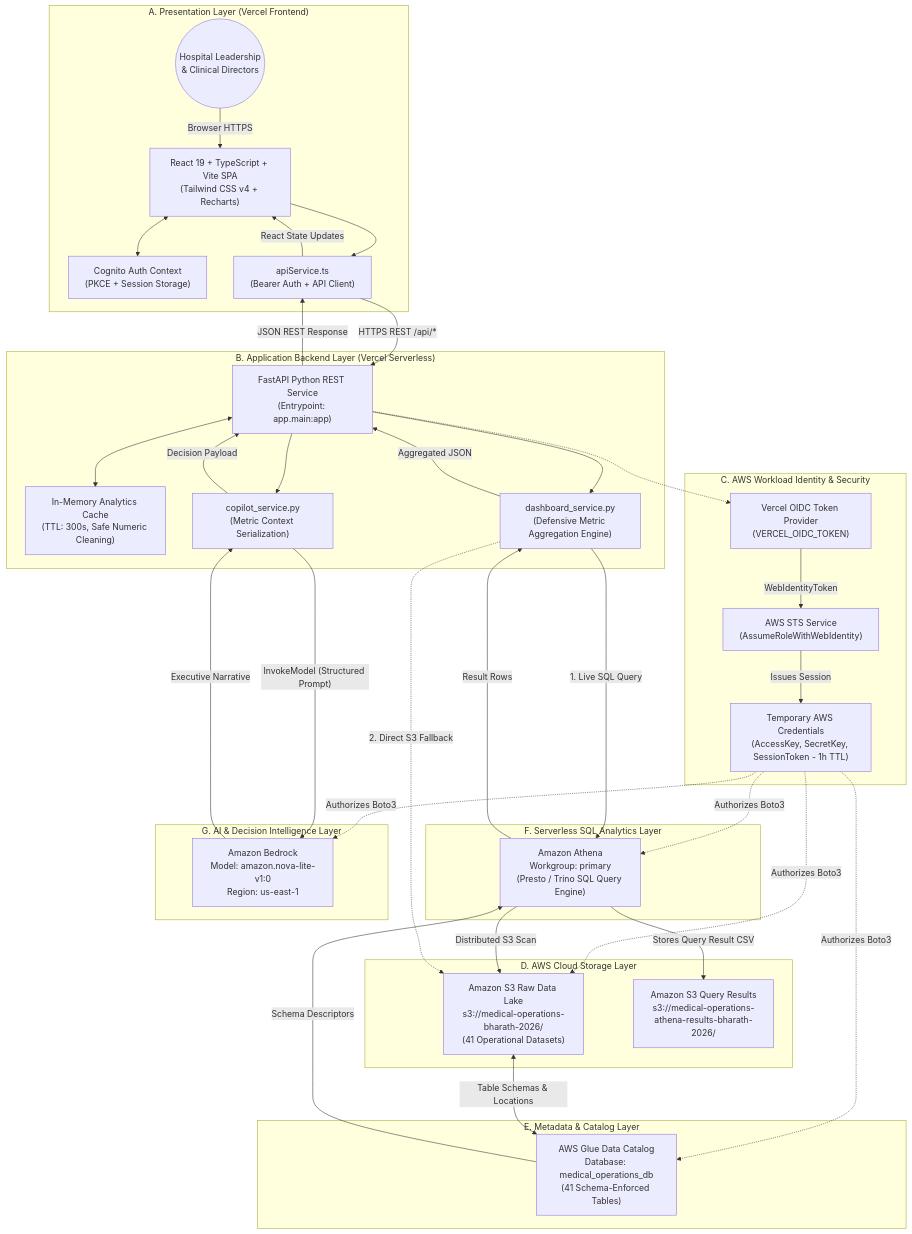
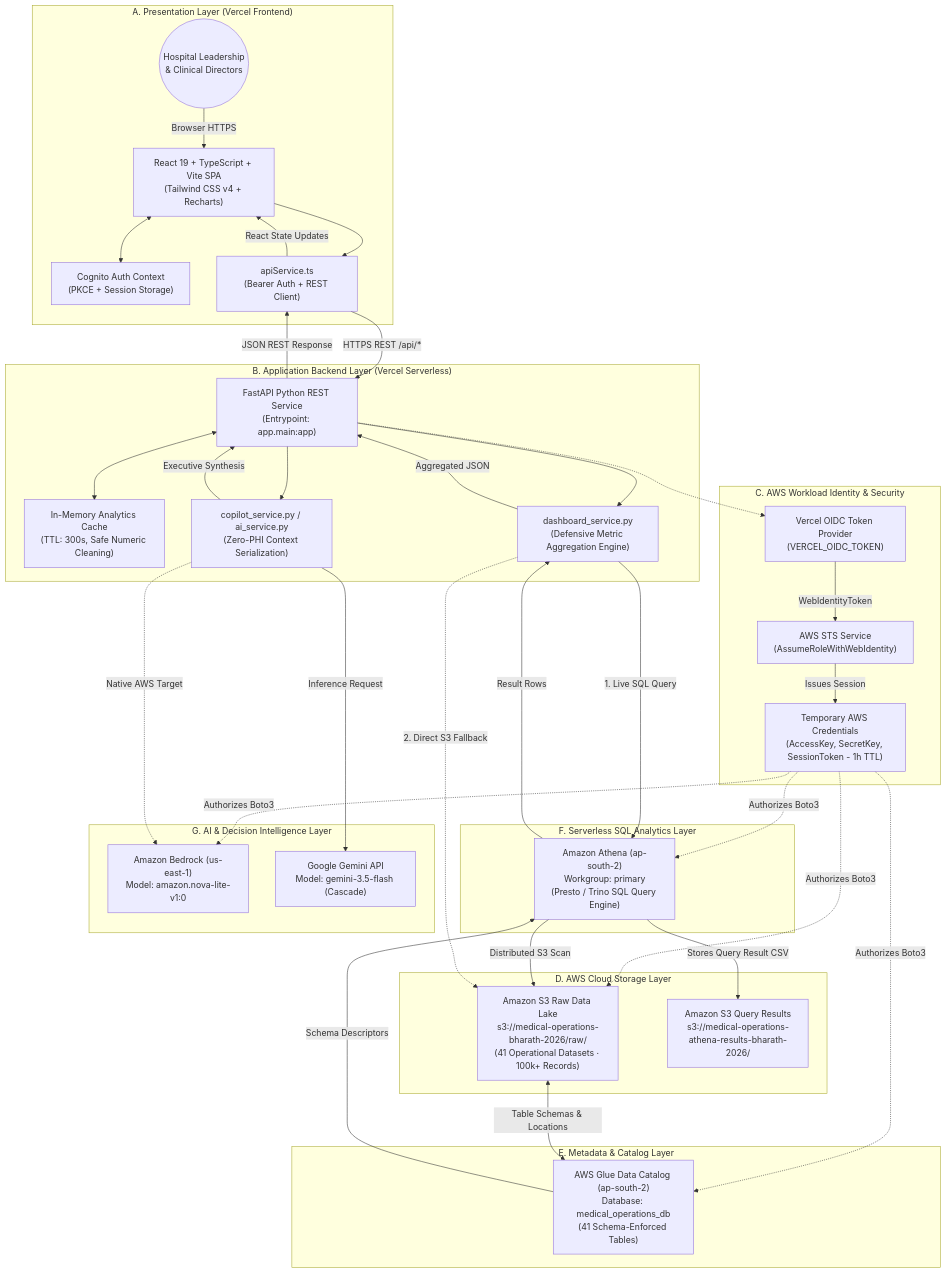
One commit to kummariBharath/Development-of-Healthcare-Operations-Intelligence-Dashboard-with-Decision-Analytics changed the first of 3 diagrams in README.md. Above: the diagram before and after it, drawn with Mermaid. The commit also changed other lines of this file, not shown here.

````diff
--- a/README.md
+++ b/README.md
@@ -151,74 +111,75 @@
 ```mermaid
 flowchart TB
     subgraph LayerA["A. Presentation Layer (Vercel Frontend)"]
         User(("Hospital Leadership\n& Clinical Directors"))
         ReactApp["React 19 + TypeScript + Vite SPA\n(Tailwind CSS v4 + Recharts)"]
         CognitoAuth["Cognito Auth Context\n(PKCE + Session Storage)"]
-        ApiService["apiService.ts\n(Bearer Auth + API Client)"]
+        ApiService["apiService.ts\n(Bearer Auth + REST Client)"]
         User -->|"Browser HTTPS"| ReactApp
         ReactApp <--> CognitoAuth
         ReactApp --> ApiService
     end
 
     subgraph LayerB["B. Application Backend Layer (Vercel Serverless)"]
         FastAPI["FastAPI Python REST Service\n(Entrypoint: app.main:app)"]
         MemCache["In-Memory Analytics Cache\n(TTL: 300s, Safe Numeric Cleaning)"]
         DashboardSvc["dashboard_service.py\n(Defensive Metric Aggregation Engine)"]
-        CopilotSvc["copilot_service.py\n(Metric Context Serialization)"]
+        CopilotSvc["copilot_service.py / ai_service.py\n(Zero-PHI Context Serialization)"]
         ApiService -->|"HTTPS REST /api/*"| FastAPI
         FastAPI <--> MemCache
         FastAPI --> DashboardSvc
         FastAPI --> CopilotSvc
     end
 
     subgraph LayerC["C. AWS Workload Identity & Security"]
         VercelOIDC["Vercel OIDC Token Provider\n(VERCEL_OIDC_TOKEN)"]
         AWSSTS["AWS STS Service\n(AssumeRoleWithWebIdentity)"]
         TempCreds["Temporary AWS Credentials\n(AccessKey, SecretKey, SessionToken - 1h TTL)"]
         FastAPI -.-> VercelOIDC
         VercelOIDC -->|"WebIdentityToken"| AWSSTS
         AWSSTS -->|"Issues Session"| TempCreds
     end
 
     subgraph LayerD["D. AWS Cloud Storage Layer"]
-        S3Data["Amazon S3 Raw Data Lake\ns3://medical-operations-bharath-2026/\n(41 Operational Datasets)"]
+        S3Data["Amazon S3 Raw Data Lake\ns3://medical-operations-bharath-2026/raw/\n(41 Operational Datasets · 100k+ Records)"]
         S3Athena["Amazon S3 Query Results\ns3://medical-operations-athena-results-bharath-2026/"]
     end
 
     subgraph LayerE["E. Metadata & Catalog Layer"]
-        Glue["AWS Glue Data Catalog\nDatabase: medical_operations_db\n(41 Schema-Enforced Tables)"]
+        Glue["AWS Glue Data Catalog (ap-south-2)\nDatabase: medical_operations_db\n(41 Schema-Enforced Tables)"]
     end
 
     subgraph LayerF["F. Serverless SQL Analytics Layer"]
-        Athena["Amazon Athena\nWorkgroup: primary\n(Presto / Trino SQL Query Engine)"]
+        Athena["Amazon Athena (ap-south-2)\nWorkgroup: primary\n(Presto / Trino SQL Query Engine)"]
     end
 
     subgraph LayerG["G. AI & Decision Intelligence Layer"]
-        Bedrock["Amazon Bedrock\nModel: amazon.nova-lite-v1:0\nRegion: us-east-1"]
+        Bedrock["Amazon Bedrock (us-east-1)\nModel: amazon.nova-lite-v1:0"]
+        Gemini["Google Gemini API\nModel: gemini-3.5-flash (Cascade)"]
     end
 
-    %% Wiring Security & Storage
+    %% Security Authorizations
     TempCreds -.->|"Authorizes Boto3"| Athena
     TempCreds -.->|"Authorizes Boto3"| Glue
     TempCreds -.->|"Authorizes Boto3"| S3Data
     TempCreds -.->|"Authorizes Boto3"| Bedrock
 
     %% Data Processing Flow
     S3Data <-->|"Table Schemas & Locations"| Glue
     Glue -->|"Schema Descriptors"| Athena
     Athena -->|"Distributed S3 Scan"| S3Data
     Athena -->|"Stores Query Result CSV"| S3Athena
 
     %% Backend Execution
     DashboardSvc -->|"1. Live SQL Query"| Athena
     DashboardSvc -.->|"2. Direct S3 Fallback"| S3Data
-    CopilotSvc -->|"InvokeModel (Structured Prompt)"| Bedrock
+    CopilotSvc -->|"Inference Request"| Gemini
+    CopilotSvc -.->|"Native AWS Target"| Bedrock
 
-    %% Layer H: Response Path
+    %% Response Path
     Athena -->|"Result Rows"| DashboardSvc
-    Bedrock -->|"Executive Narrative"| CopilotSvc
     DashboardSvc -->|"Aggregated JSON"| FastAPI
-    CopilotSvc -->|"Decision Payload"| FastAPI
+    CopilotSvc -->|"Executive Synthesis"| FastAPI
     FastAPI -->|"JSON REST Response"| ApiService
     ApiService -->|"React State Updates"| ReactApp
 ```
````
